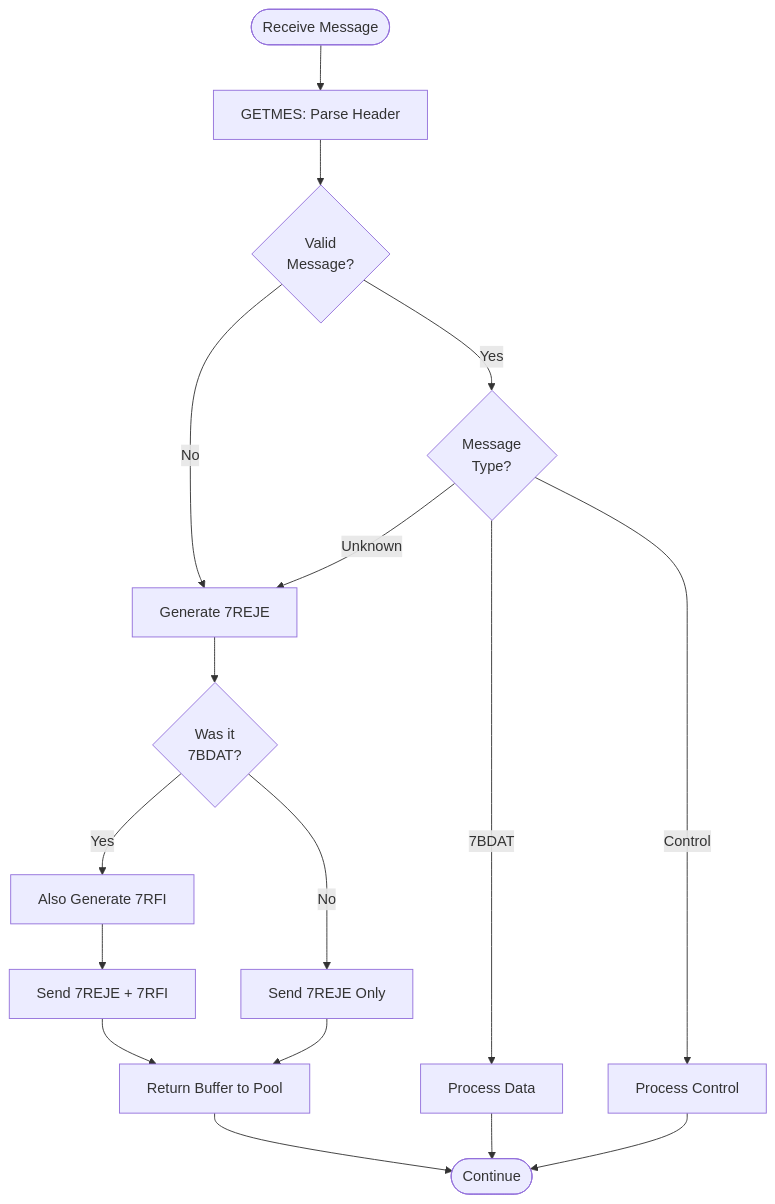
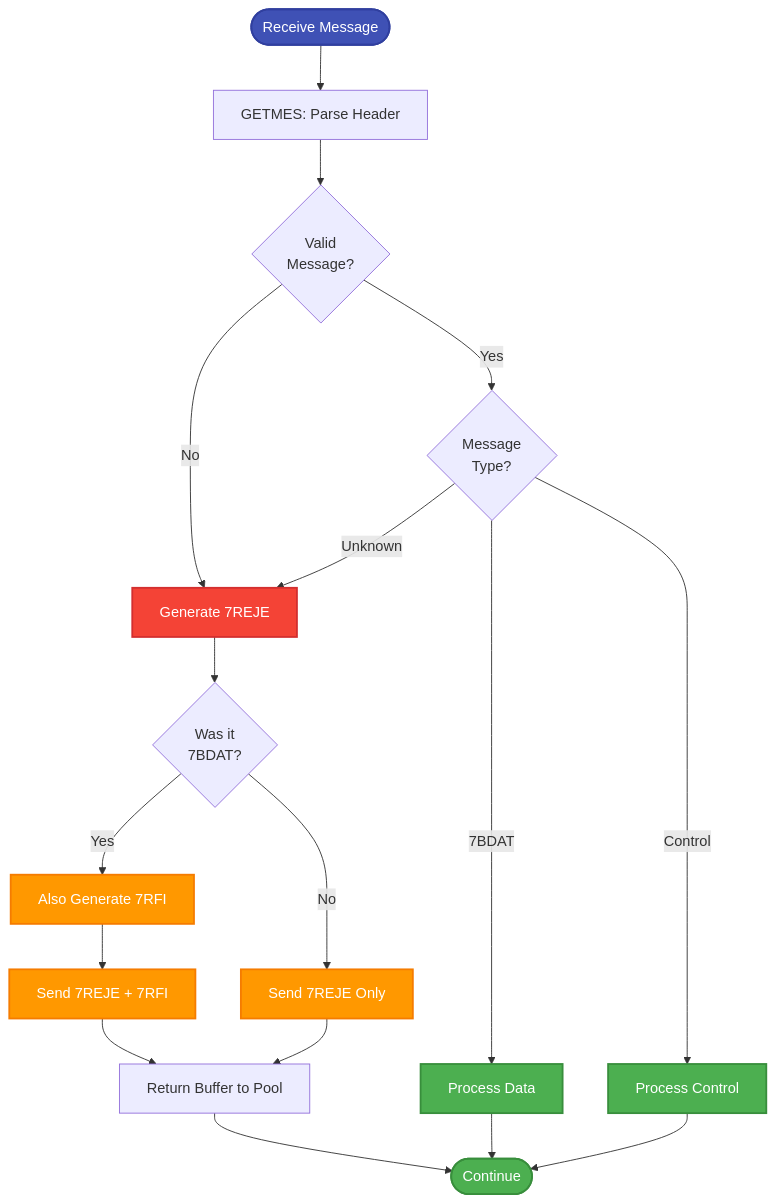
Before and after one commit to HackerCorpLabs/NDInsight: diagram 11 of 21 in SINTRAN/TAD/TAD-Protocol-Flows.md, drawn with Mermaid. The commit also changed other lines of this file, not shown here.

First line of the commit message:
docs: Add WCAG-compliant colors to TAD protocol diagrams

````diff
--- a/SINTRAN/TAD/TAD-Protocol-Flows.md
+++ b/SINTRAN/TAD/TAD-Protocol-Flows.md
@@ -438,24 +463,33 @@
 ```mermaid
 flowchart TD
     Start([Receive Message]) --> Parse[GETMES: Parse Header]
     Parse --> Check{Valid<br/>Message?}
 
     Check -->|Yes| Type{Message<br/>Type?}
     Check -->|No| Reject[Generate 7REJE]
 
     Type -->|7BDAT| Process[Process Data]
     Type -->|Control| ProcCtrl[Process Control]
     Type -->|Unknown| Reject
 
     Reject --> CheckData{Was it<br/>7BDAT?}
     CheckData -->|Yes| AddRFI[Also Generate 7RFI]
     CheckData -->|No| SendRej[Send 7REJE Only]
 
     AddRFI --> SendBoth[Send 7REJE + 7RFI]
     SendBoth --> RetBuf[Return Buffer to Pool]
     SendRej --> RetBuf
 
     RetBuf --> End([Continue])
     Process --> End
     ProcCtrl --> End
+    
+    style Start fill:#3F51B5,stroke:#303F9F,stroke-width:2px,color:#fff
+    style Process fill:#4CAF50,stroke:#388E3C,stroke-width:2px,color:#fff
+    style ProcCtrl fill:#4CAF50,stroke:#388E3C,stroke-width:2px,color:#fff
+    style Reject fill:#F44336,stroke:#D32F2F,stroke-width:2px,color:#fff
+    style AddRFI fill:#FF9800,stroke:#F57C00,stroke-width:2px,color:#fff
+    style SendRej fill:#FF9800,stroke:#F57C00,stroke-width:2px,color:#fff
+    style SendBoth fill:#FF9800,stroke:#F57C00,stroke-width:2px,color:#fff
+    style End fill:#4CAF50,stroke:#388E3C,stroke-width:2px,color:#fff
 ```
````
